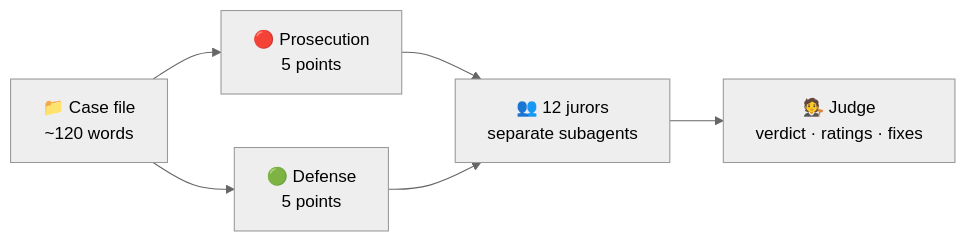
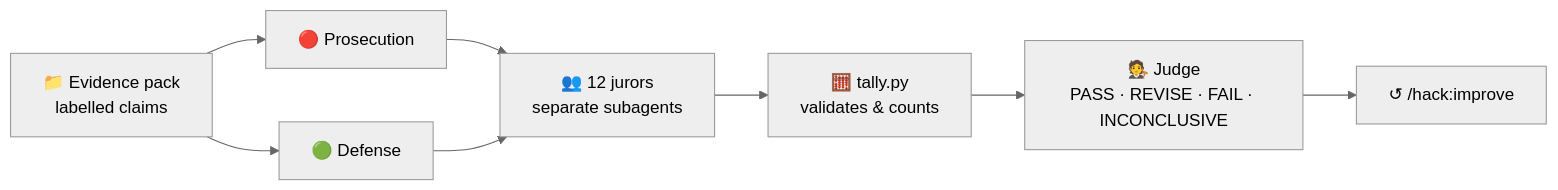
The second of 2 diagrams in README.md (syed-imadulla/hack-kit), drawn with Mermaid (neutral theme) before and after one commit. The commit also changed other lines of this file and 107 other files, not shown here.

````diff
--- a/README.md
+++ b/README.md
@@ -121,8 +147,10 @@
 ```mermaid
 flowchart LR
-    CF["📁 Case file<br/>~120 words"] --> P["🔴 Prosecution<br/>5 points"]
-    CF --> D["🟢 Defense<br/>5 points"]
+    CF["📁 Evidence pack<br/>labelled claims"] --> P["🔴 Prosecution"]
+    CF --> D["🟢 Defense"]
     P --> J["👥 12 jurors<br/>separate subagents"]
     D --> J
-    J --> V["🧑‍⚖️ Judge<br/>verdict · ratings · fixes"]
+    J --> T["🧮 tally.py<br/>validates & counts"]
+    T --> V["🧑‍⚖️ Judge<br/>PASS · REVISE · FAIL · INCONCLUSIVE"]
+    V --> I["↺ /hack:improve"]
 ```
````
